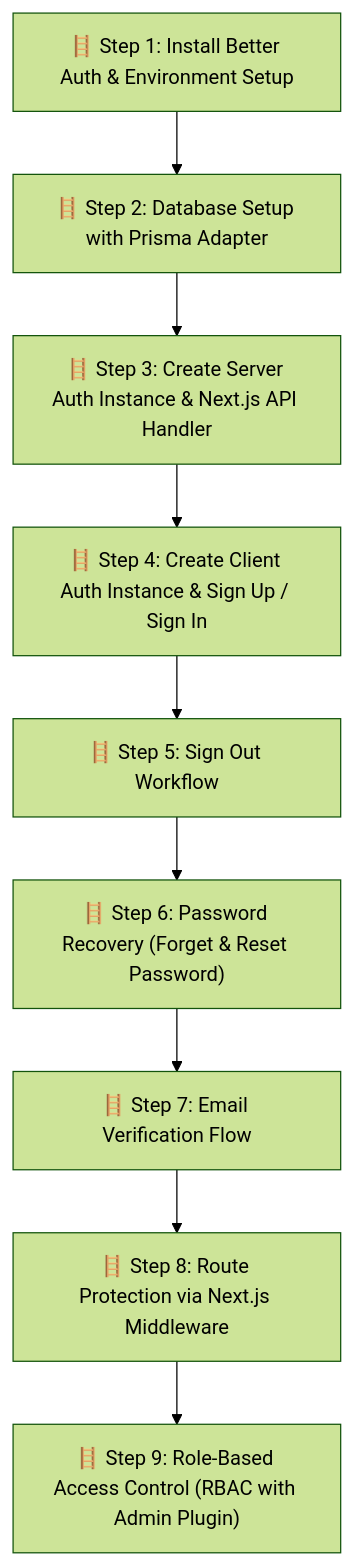
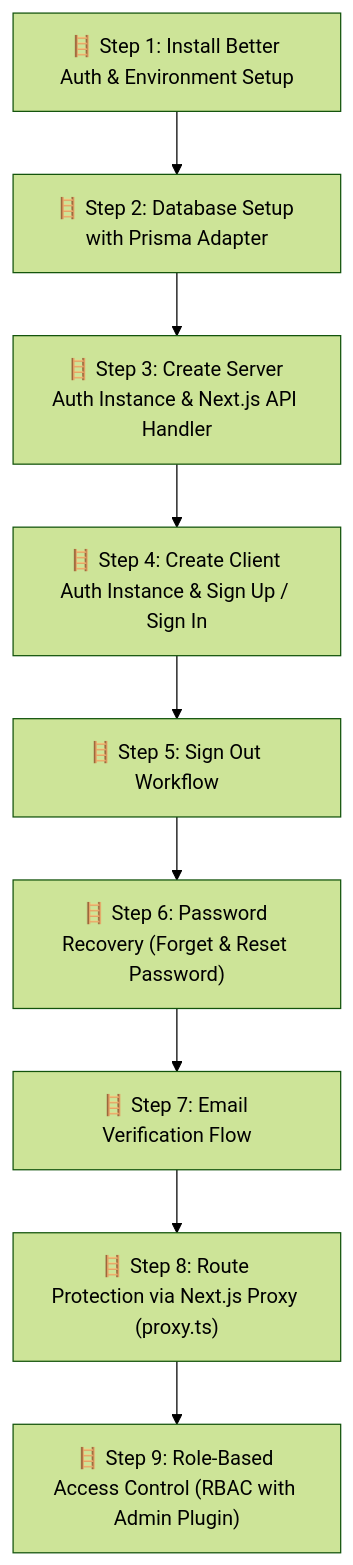
The diagram in README.md (minhaj-hossain/better_auth), drawn with Mermaid (forest theme) before and after one commit. The commit also changed other lines of this file and 1 other file, not shown here.

Commit message:
feat: adopt Next.js 16 proxy.ts for route protection and update documentation

````diff
--- a/README.md
+++ b/README.md
@@ -11,11 +11,11 @@
 ```mermaid
 graph TD
     S1["🪜 Step 1: Install Better Auth & Environment Setup"] --> S2["🪜 Step 2: Database Setup with Prisma Adapter"]
     S2 --> S3["🪜 Step 3: Create Server Auth Instance & Next.js API Handler"]
     S3 --> S4["🪜 Step 4: Create Client Auth Instance & Sign Up / Sign In"]
     S4 --> S5["🪜 Step 5: Sign Out Workflow"]
     S5 --> S6["🪜 Step 6: Password Recovery (Forget & Reset Password)"]
     S6 --> S7["🪜 Step 7: Email Verification Flow"]
-    S7 --> S8["🪜 Step 8: Route Protection via Next.js Middleware"]
+    S7 --> S8["🪜 Step 8: Route Protection via Next.js Proxy (proxy.ts)"]
     S8 --> S9["🪜 Step 9: Role-Based Access Control (RBAC with Admin Plugin)"]
 ```
````
